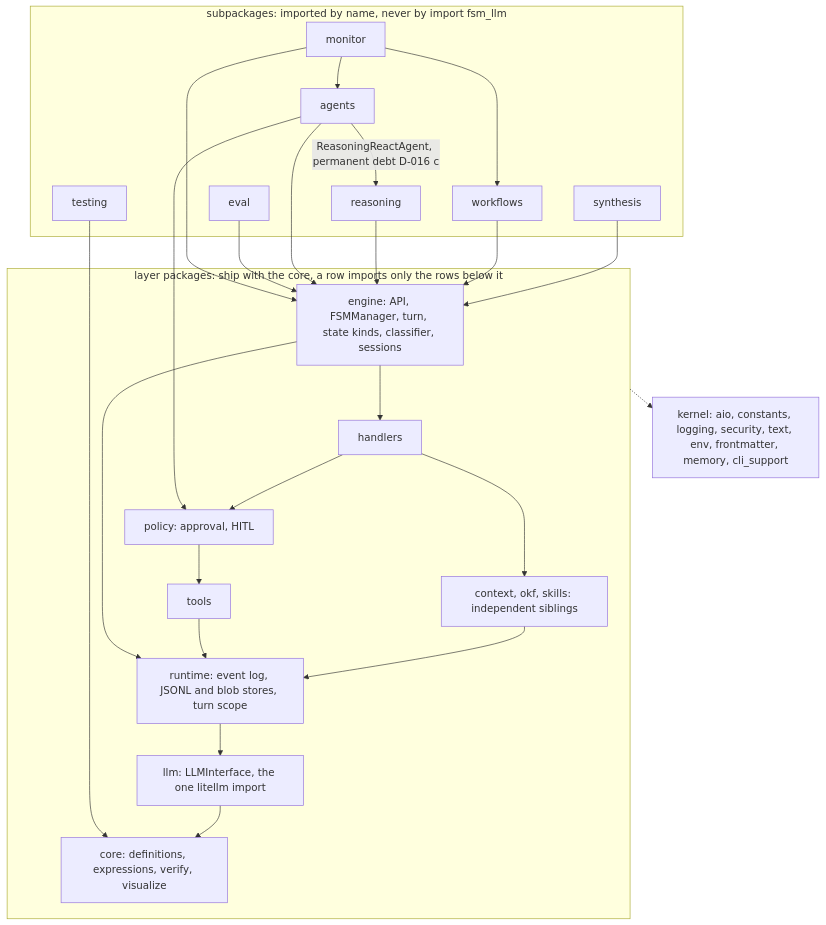
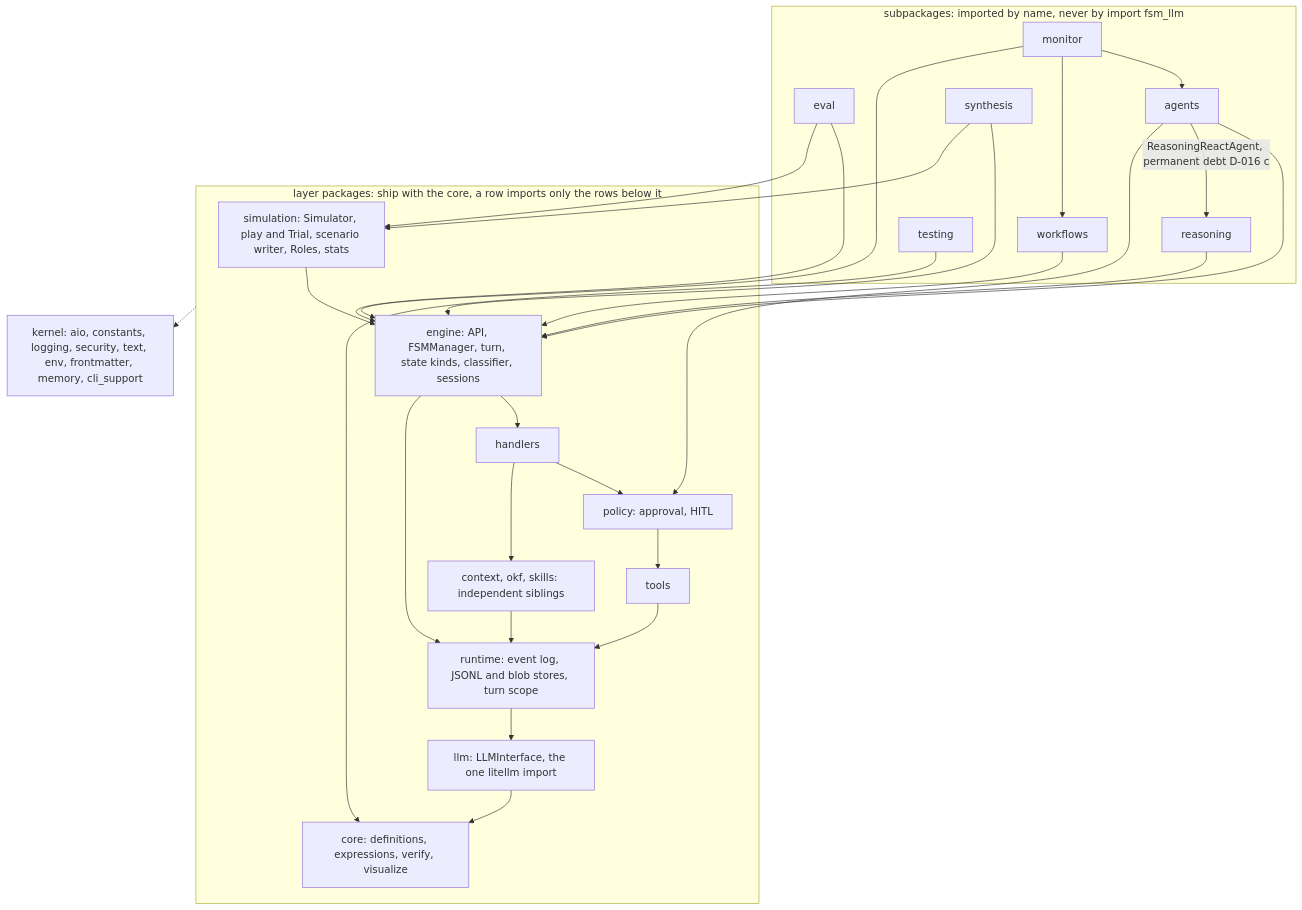
One commit to NikolasMarkou/fsm_llm changed the diagram in AGENTS.md. Above: the diagram before and after it, drawn with Mermaid. The commit also changed other lines of this file and 18 other files, not shown here.

````diff
--- a/AGENTS.md
+++ b/AGENTS.md
@@ -15,44 +15,48 @@
 ```mermaid
 flowchart TD
     subgraph sub[subpackages: imported by name, never by import fsm_llm]
         monitor[monitor]
         eval[eval]
         agents[agents]
         synthesis[synthesis]
         workflows[workflows]
         reasoning[reasoning]
         testing[testing]
     end
     subgraph layers[layer packages: ship with the core, a row imports only the rows below it]
+        simulation[simulation: Simulator, play and Trial, scenario writer, Roles, stats]
         engine[engine: API, FSMManager, turn, state kinds, classifier, sessions]
         handlers[handlers]
         policy[policy: approval, HITL]
         tools[tools]
         siblings[context, okf, skills: independent siblings]
         runtime[runtime: event log, JSONL and blob stores, turn scope]
         llm[llm: LLMInterface, the one litellm import]
         core[core: definitions, expressions, verify, visualize]
     end
     kernel[kernel: aio, constants, logging, security, text, env, frontmatter, memory, cli_support]
     monitor --> agents
     monitor --> workflows
     monitor --> engine
     eval --> engine
+    eval --> simulation
     agents --> engine
     agents -- ReasoningReactAgent, permanent debt D-016 c --> reasoning
     reasoning --> engine
     workflows --> engine
     synthesis --> engine
+    synthesis --> simulation
+    simulation --> engine
     testing --> core
     agents --> policy
     engine --> handlers
     engine --> runtime
     handlers --> policy
     handlers --> siblings
     policy --> tools
     tools --> runtime
     siblings --> runtime
     runtime --> llm
     llm --> core
     layers -.-> kernel
 ```
````
